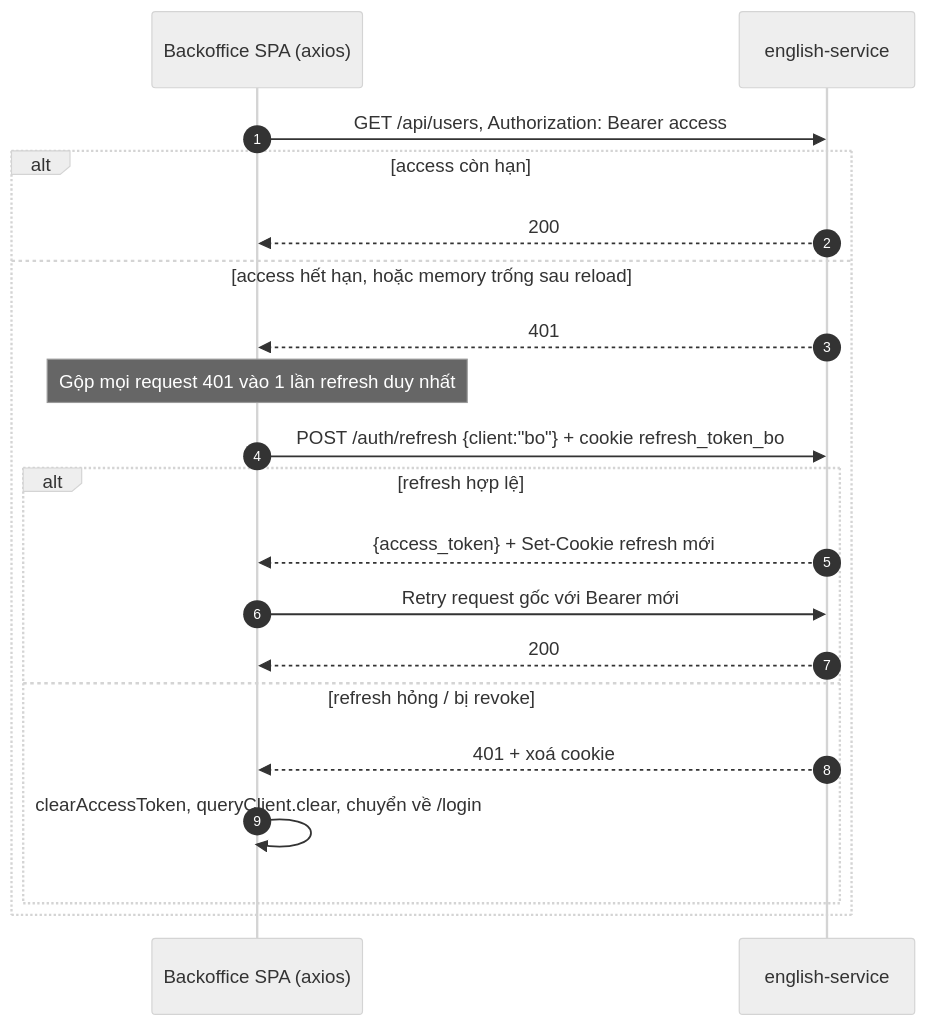
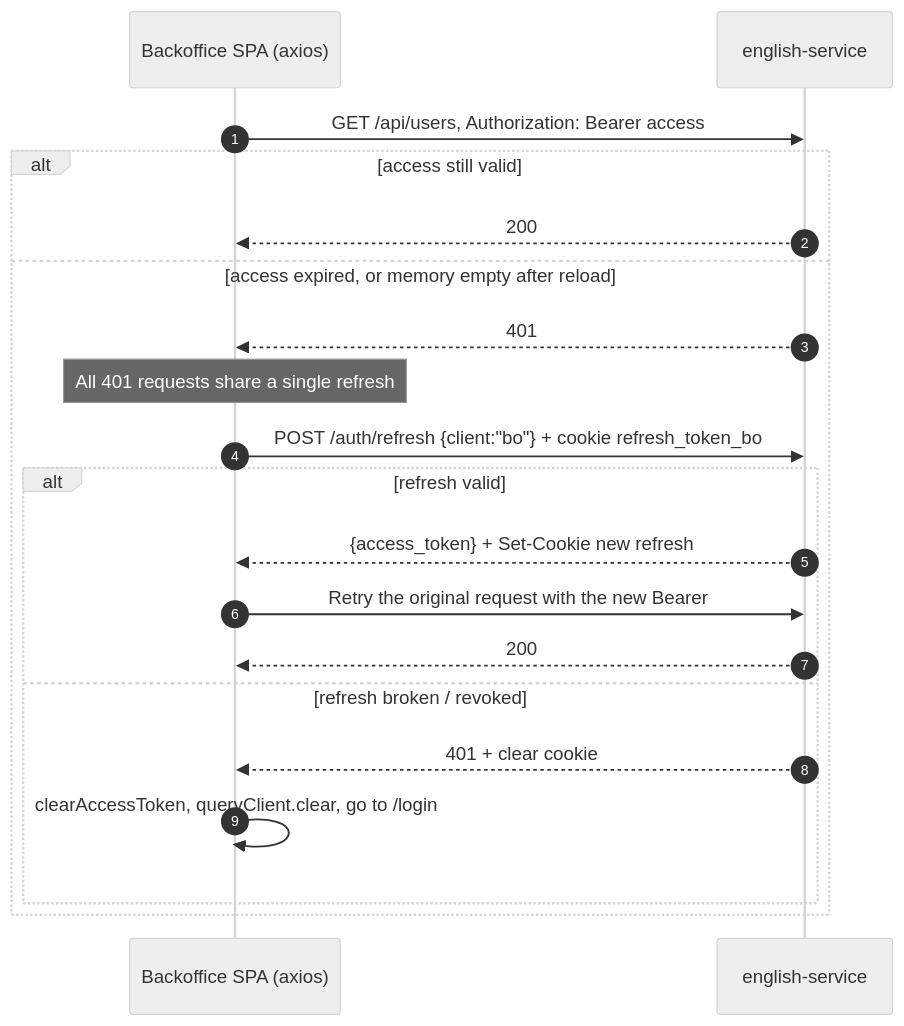
One commit to TriThuc2321/english-service changed the third of 8 diagrams in docs/auth-flow.md. Above: the diagram before and after it, drawn with Mermaid (neutral theme). The commit also changed other lines of this file and 6 other files, not shown here.

````diff
--- a/docs/auth-flow.md
+++ b/docs/auth-flow.md
@@ -78,23 +78,23 @@
 ```mermaid
 sequenceDiagram
   autonumber
   participant BO as Backoffice SPA (axios)
   participant BE as english-service
 
   BO->>BE: GET /api/users, Authorization: Bearer access
-  alt access còn hạn
+  alt access still valid
     BE-->>BO: 200
-  else access hết hạn, hoặc memory trống sau reload
+  else access expired, or memory empty after reload
     BE-->>BO: 401
-    Note over BO: Gộp mọi request 401 vào 1 lần refresh duy nhất
+    Note over BO: All 401 requests share a single refresh
     BO->>BE: POST /auth/refresh {client:"bo"} + cookie refresh_token_bo
-    alt refresh hợp lệ
-      BE-->>BO: {access_token} + Set-Cookie refresh mới
-      BO->>BE: Retry request gốc với Bearer mới
+    alt refresh valid
+      BE-->>BO: {access_token} + Set-Cookie new refresh
+      BO->>BE: Retry the original request with the new Bearer
       BE-->>BO: 200
-    else refresh hỏng / bị revoke
-      BE-->>BO: 401 + xoá cookie
-      BO->>BO: clearAccessToken, queryClient.clear, chuyển về /login
+    else refresh broken / revoked
+      BE-->>BO: 401 + clear cookie
+      BO->>BO: clearAccessToken, queryClient.clear, go to /login
     end
   end
 ```
````
